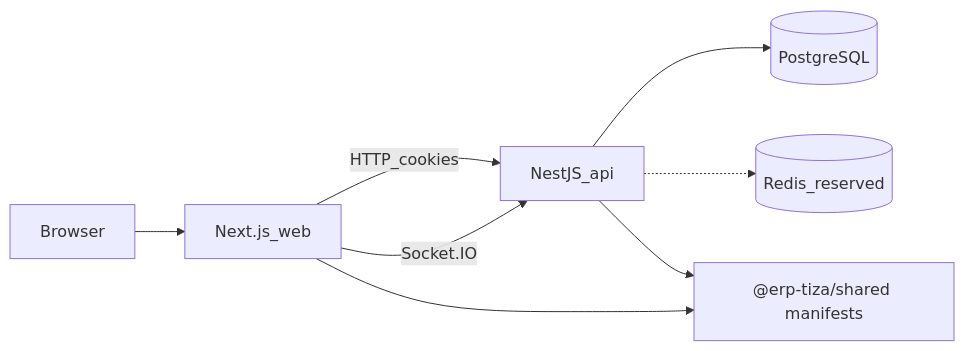
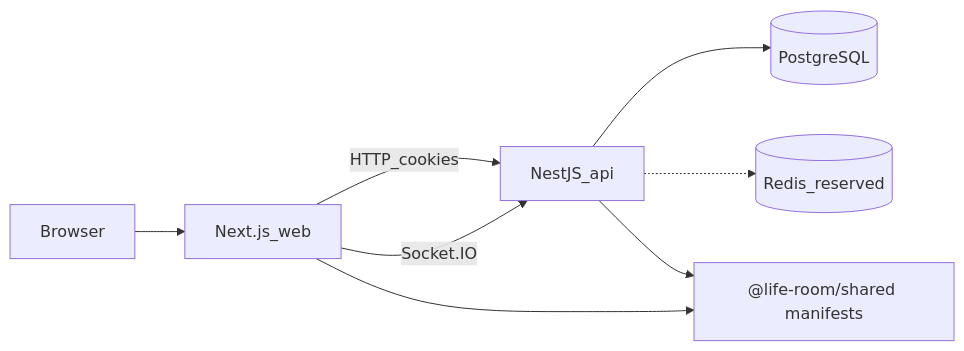
Before and after one commit to otiza/life-operation-room: the diagram in docs/ARCHITECTURE.md, drawn with Mermaid. The commit also changed other lines of this file and 76 other files, not shown here.

First line of the commit message:
chore: rename the product to Life Room

````diff
--- a/docs/ARCHITECTURE.md
+++ b/docs/ARCHITECTURE.md
@@ -77,10 +77,10 @@
 ```mermaid
 flowchart LR
   Browser --> Web[Next.js_web]
   Web -->|HTTP_cookies| Api[NestJS_api]
   Web -->|Socket.IO| Api
   Api --> Postgres[(PostgreSQL)]
   Api -.-> Redis[(Redis_reserved)]
-  Api --> SharedPkg["@erp-tiza/shared manifests"]
+  Api --> SharedPkg["@life-room/shared manifests"]
   Web --> SharedPkg
 ```
````
